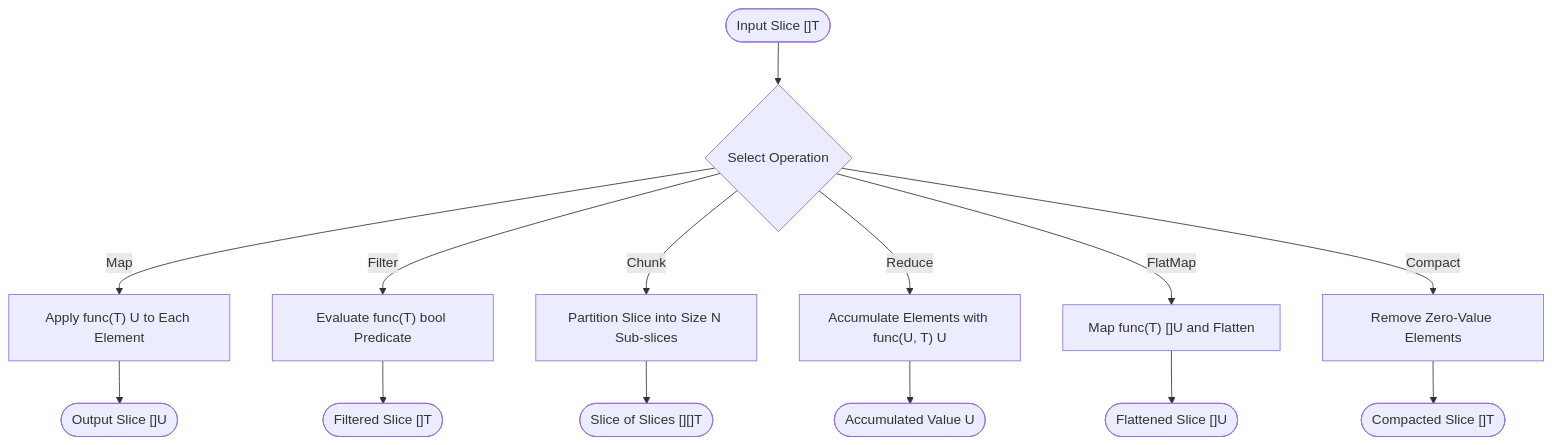
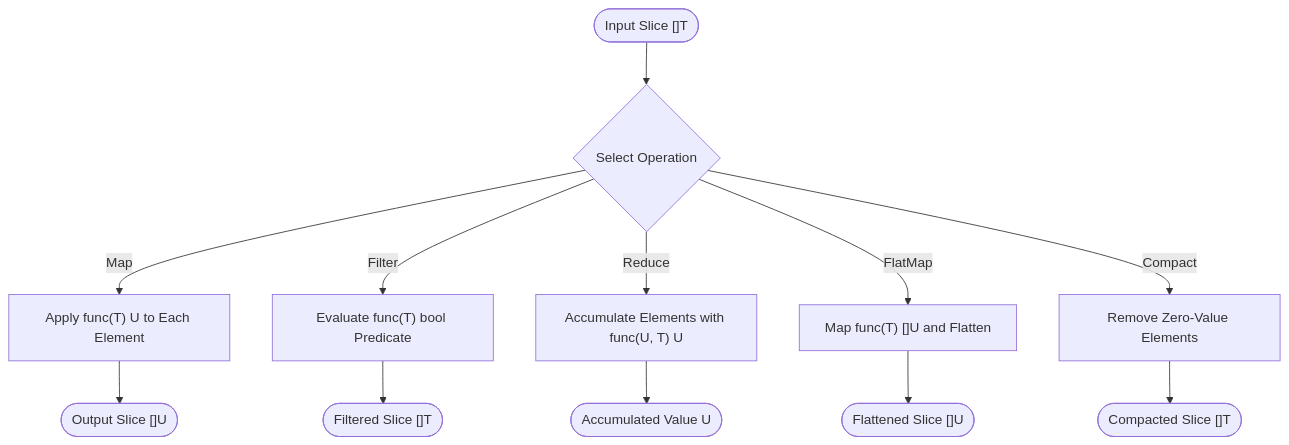
Before and after one commit to Jkenyut/nvx-go-helper: the first of 2 diagrams in sliceutil/README.md, drawn with Mermaid. The commit also changed other lines of this file and 41 other files, not shown here.

````diff
--- a/sliceutil/README.md
+++ b/sliceutil/README.md
@@ -10,22 +10,19 @@
 ```mermaid
 flowchart TD
     InputSlice(["Input Slice []T"]) --> OpChoice{"Select Operation"}
 
     OpChoice -- Map --> MapOp["Apply func(T) U to Each Element"]
     MapOp --> OutMapped(["Output Slice []U"])
 
     OpChoice -- Filter --> FilterOp["Evaluate func(T) bool Predicate"]
     FilterOp --> OutFiltered(["Filtered Slice []T"])
 
-    OpChoice -- Chunk --> ChunkOp["Partition Slice into Size N Sub-slices"]
-    ChunkOp --> OutChunks(["Slice of Slices [][]T"])
-
     OpChoice -- Reduce --> ReduceOp["Accumulate Elements with func(U, T) U"]
     ReduceOp --> OutAcc(["Accumulated Value U"])
 
     OpChoice -- FlatMap --> FlatMapOp["Map func(T) []U and Flatten"]
     FlatMapOp --> OutFlatMapped(["Flattened Slice []U"])
 
     OpChoice -- Compact --> CompactOp["Remove Zero-Value Elements"]
     CompactOp --> OutCompacted(["Compacted Slice []T"])
 ```
````
